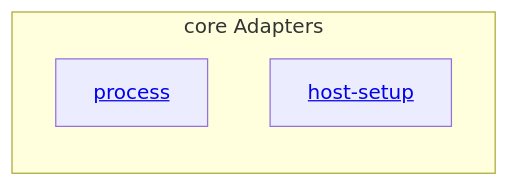
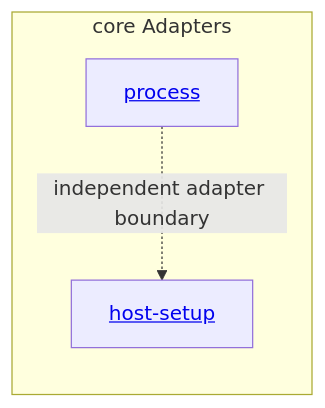
Before and after one commit to abstract-business-systems/as-is: the diagram in core/adapters/as-is.md, drawn with Mermaid. The commit also changed 32 other files, not shown here.

````diff
--- a/core/adapters/as-is.md
+++ b/core/adapters/as-is.md
@@ -22,8 +22,9 @@
 ```mermaid
 flowchart TB
     subgraph Adapters["core Adapters"]
         direction TB
         Process["<a href='./process/as-is.md#design'>process</a>"]
         HostSetup["<a href='./host-setup/as-is.md#design'>host-setup</a>"]
+        Process -.->|independent adapter boundary| HostSetup
     end
 ```
````
